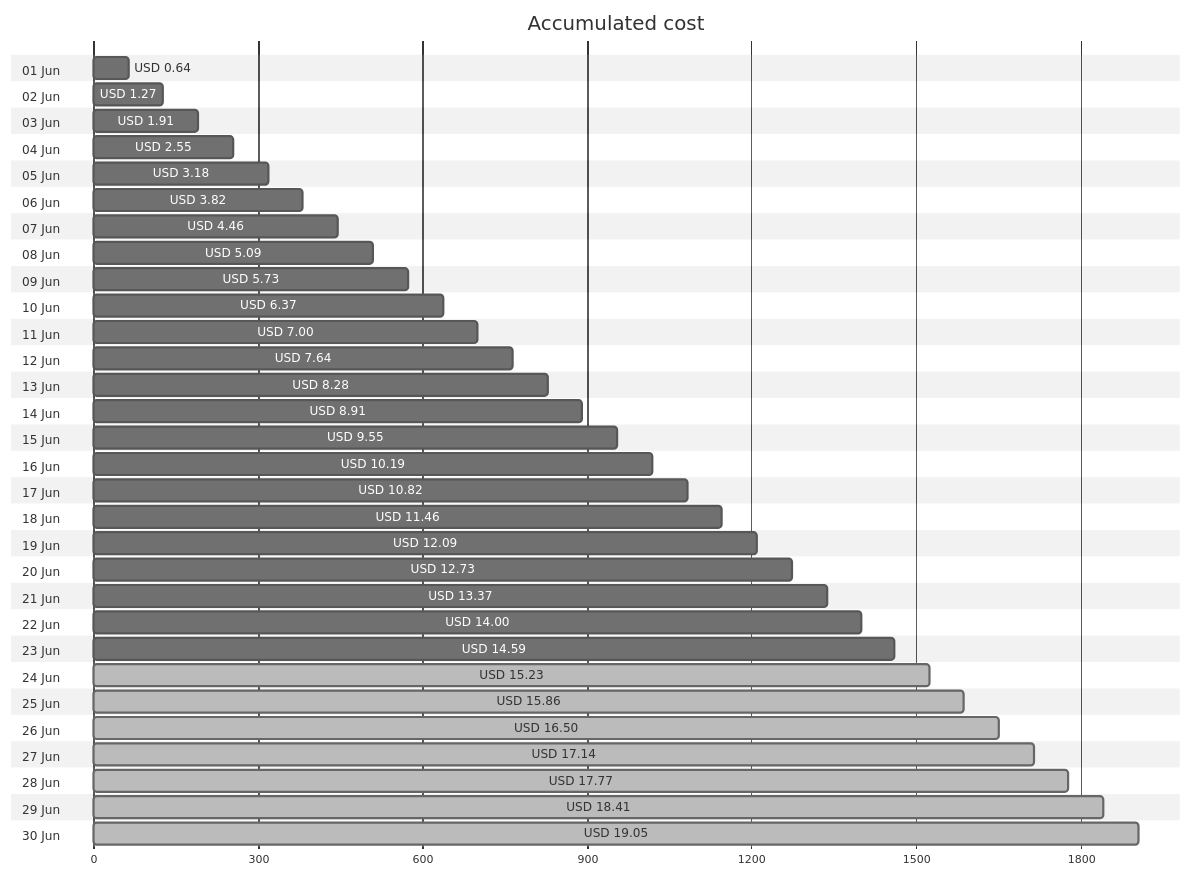
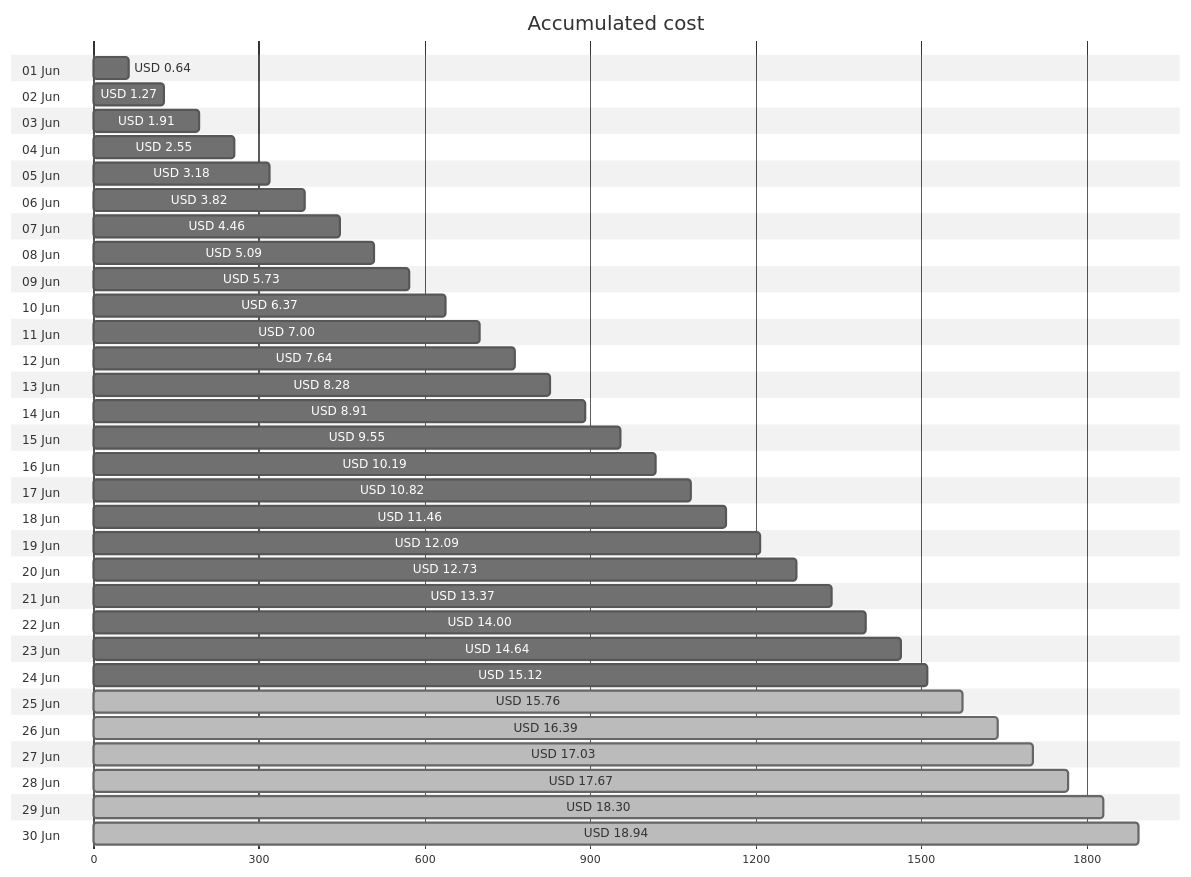
The first of 4 diagrams in cost-reports/accumulated-cost.md (jpfulton/azure-personal-reports), drawn with Mermaid (neutral theme) before and after one commit. The commit also changed other lines of this file and 4 other files, not shown here.

````diff
--- a/cost-reports/accumulated-cost.md
+++ b/cost-reports/accumulated-cost.md
@@ -20,66 +20,66 @@
 ```mermaid
 gantt
    title Accumulated cost
    dateFormat  X
    axisFormat %s
    section 01 Jun
    USD 0.64 :0, 64
    section 02 Jun
    USD 1.27 :0, 127
    section 03 Jun
    USD 1.91 :0, 191
    section 04 Jun
    USD 2.55 :0, 255
    section 05 Jun
    USD 3.18 :0, 318
    section 06 Jun
    USD 3.82 :0, 382
    section 07 Jun
    USD 4.46 :0, 446
    section 08 Jun
    USD 5.09 :0, 509
    section 09 Jun
    USD 5.73 :0, 573
    section 10 Jun
    USD 6.37 :0, 637
    section 11 Jun
    USD 7.00 :0, 700
    section 12 Jun
    USD 7.64 :0, 764
    section 13 Jun
    USD 8.28 :0, 828
    section 14 Jun
    USD 8.91 :0, 891
    section 15 Jun
    USD 9.55 :0, 955
    section 16 Jun
    USD 10.19 :0, 1019
    section 17 Jun
    USD 10.82 :0, 1082
    section 18 Jun
    USD 11.46 :0, 1146
    section 19 Jun
    USD 12.09 :0, 1209
    section 20 Jun
    USD 12.73 :0, 1273
    section 21 Jun
    USD 13.37 :0, 1337
    section 22 Jun
    USD 14.00 :0, 1400
    section 23 Jun
-   USD 14.59 :0, 1459
+   USD 14.64 :0, 1464
    section 24 Jun
-   USD 15.23 : done, 0, 1523
+   USD 15.12 :0, 1512
    section 25 Jun
-   USD 15.86 : done, 0, 1586
+   USD 15.76 : done, 0, 1576
    section 26 Jun
-   USD 16.50 : done, 0, 1650
+   USD 16.39 : done, 0, 1639
    section 27 Jun
-   USD 17.14 : done, 0, 1714
+   USD 17.03 : done, 0, 1703
    section 28 Jun
-   USD 17.77 : done, 0, 1777
+   USD 17.67 : done, 0, 1767
    section 29 Jun
-   USD 18.41 : done, 0, 1841
+   USD 18.30 : done, 0, 1830
    section 30 Jun
-   USD 19.05 : done, 0, 1905
+   USD 18.94 : done, 0, 1894
 ```
````
